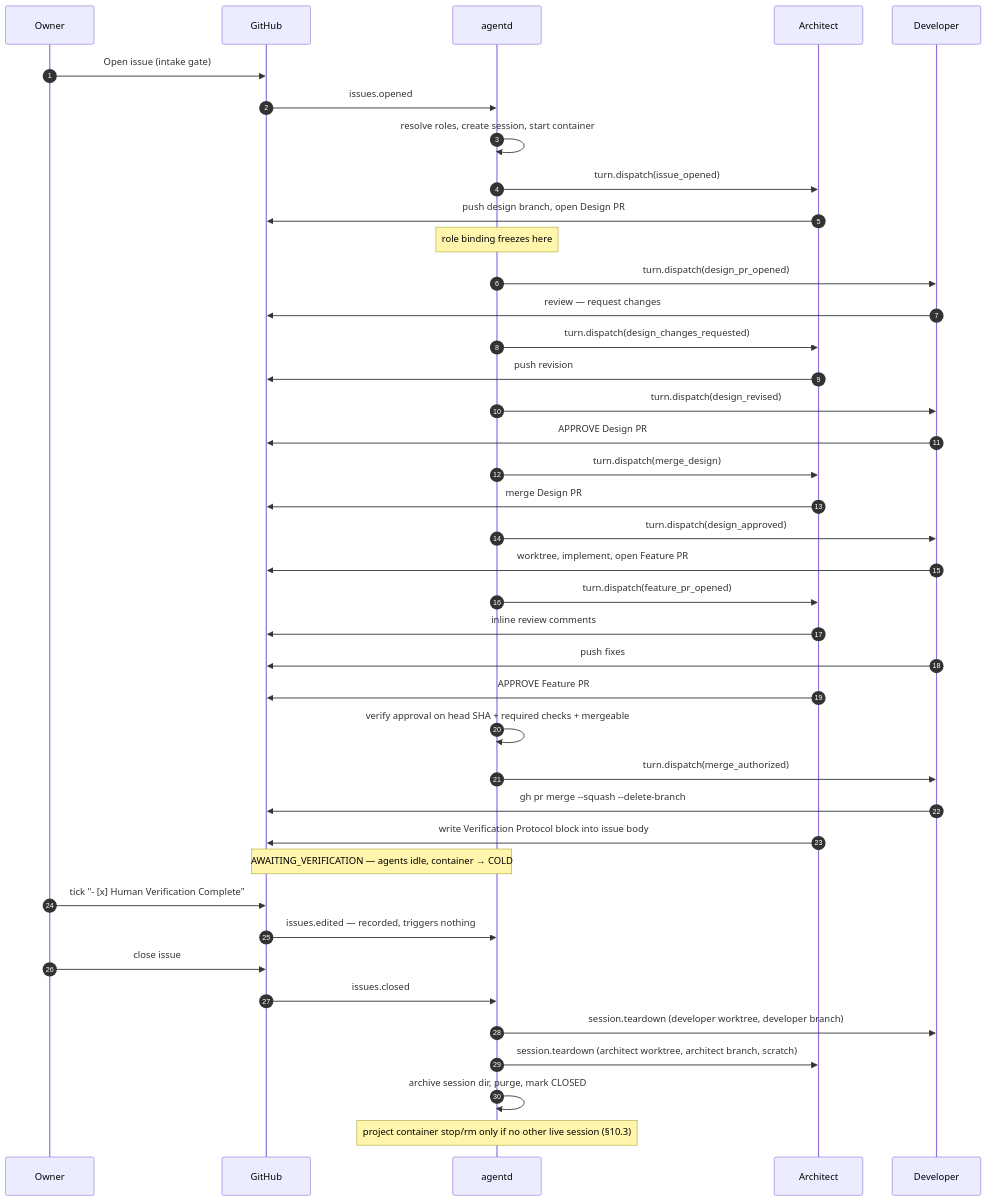
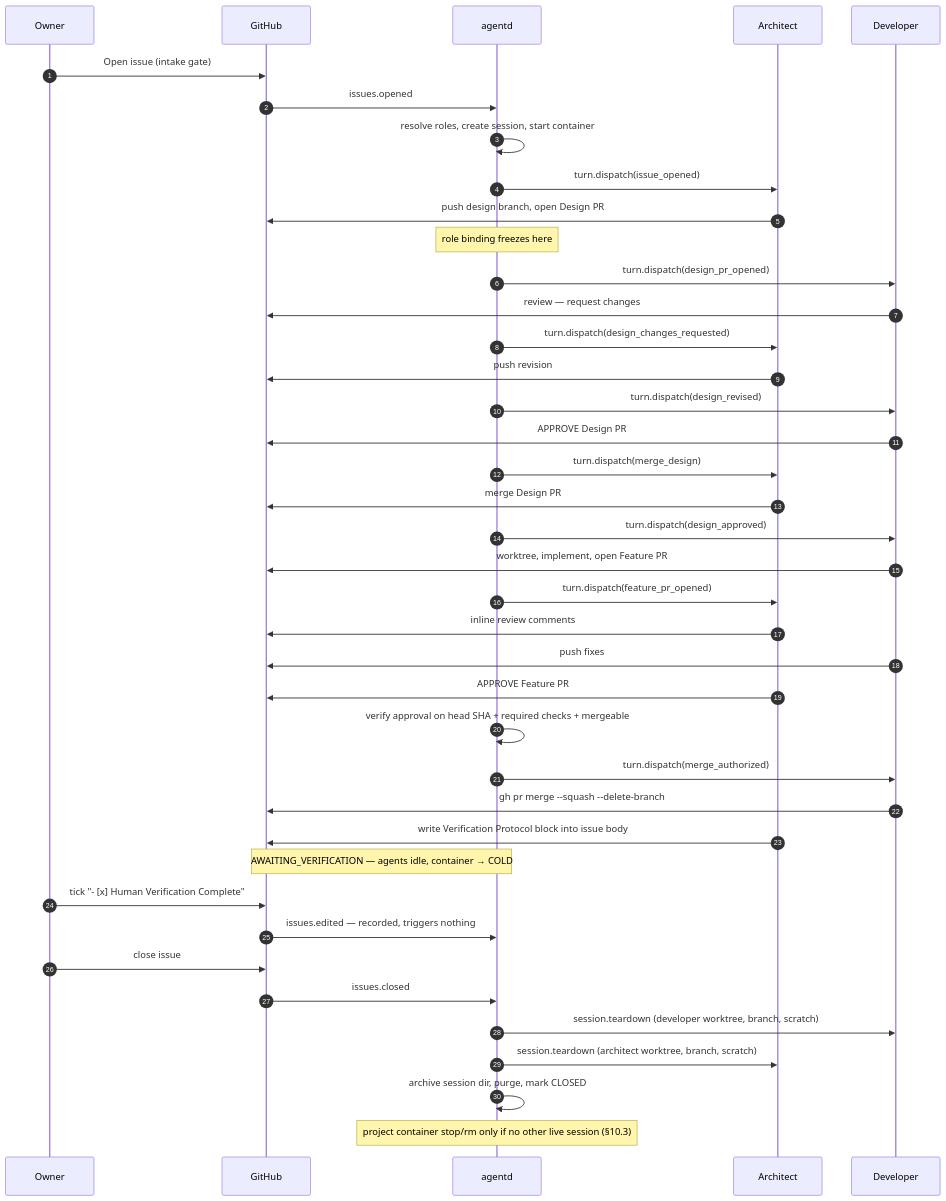
The third of 3 diagrams in docs/design/unified_design_spec.md (huozhe/code-workflow), drawn with Mermaid before and after one commit. The commit also changed other lines of this file and 2 other files, not shown here.

First line of the commit message:
fix(agentd): each role also deletes its own scratch

````diff
--- a/docs/design/unified_design_spec.md
+++ b/docs/design/unified_design_spec.md
@@ -569,43 +569,43 @@
 ```mermaid
 sequenceDiagram
     autonumber
     participant H as Owner
     participant GH as GitHub
     participant D as agentd
     participant A as Architect
     participant V as Developer
 
     H->>GH: Open issue (intake gate)
     GH->>D: issues.opened
     D->>D: resolve roles, create session, start container
     D->>A: turn.dispatch(issue_opened)
     A->>GH: push design branch, open Design PR
     Note over D: role binding freezes here
     D->>V: turn.dispatch(design_pr_opened)
     V->>GH: review — request changes
     D->>A: turn.dispatch(design_changes_requested)
     A->>GH: push revision
     D->>V: turn.dispatch(design_revised)
     V->>GH: APPROVE Design PR
     D->>A: turn.dispatch(merge_design)
     A->>GH: merge Design PR
     D->>V: turn.dispatch(design_approved)
     V->>GH: worktree, implement, open Feature PR
     D->>A: turn.dispatch(feature_pr_opened)
     A->>GH: inline review comments
     V->>GH: push fixes
     A->>GH: APPROVE Feature PR
     D->>D: verify approval on head SHA + required checks + mergeable
     D->>V: turn.dispatch(merge_authorized)
     V->>GH: gh pr merge --squash --delete-branch
     A->>GH: write Verification Protocol block into issue body
     Note over D,GH: AWAITING_VERIFICATION — agents idle, container → COLD
     H->>GH: tick "- [x] Human Verification Complete"
     GH->>D: issues.edited — recorded, triggers nothing
     H->>GH: close issue
     GH->>D: issues.closed
-    D->>V: session.teardown (developer worktree, developer branch)
-    D->>A: session.teardown (architect worktree, architect branch, scratch)
+    D->>V: session.teardown (developer worktree, branch, scratch)
+    D->>A: session.teardown (architect worktree, branch, scratch)
     D->>D: archive session dir, purge, mark CLOSED
     Note over D: project container stop/rm only if no other live session (§10.3)
 ```
````
